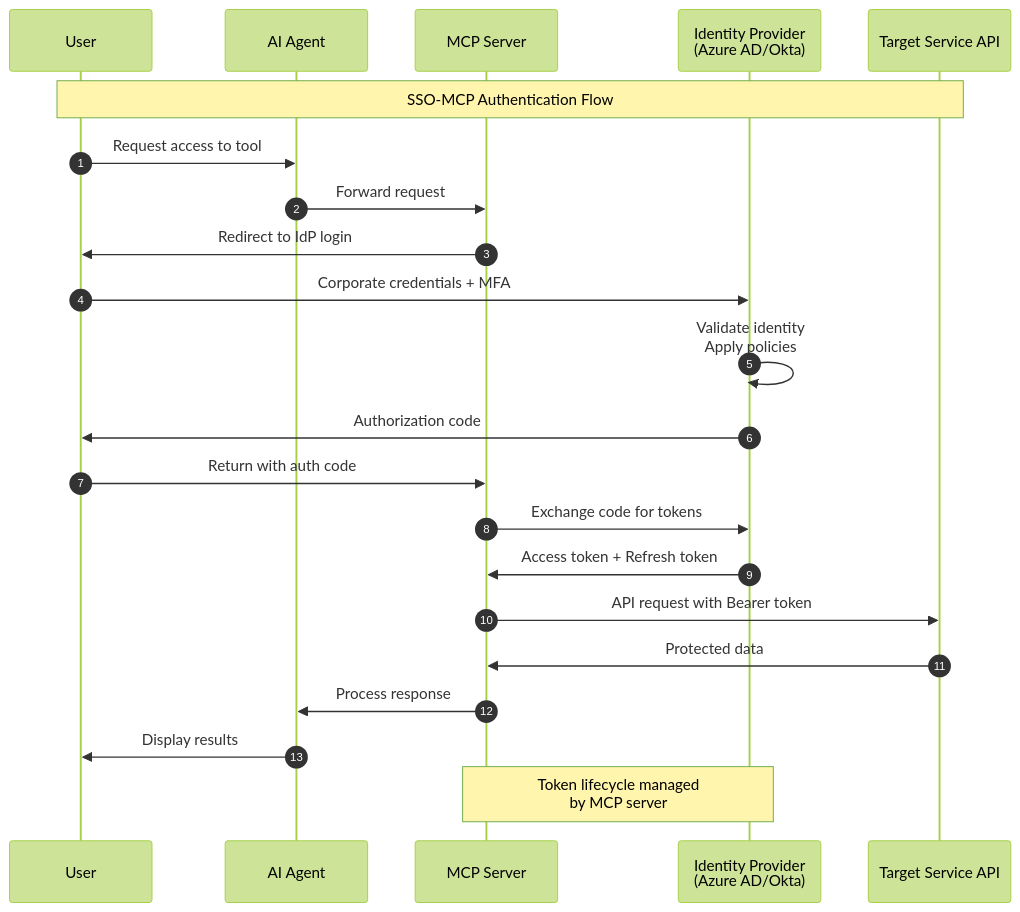
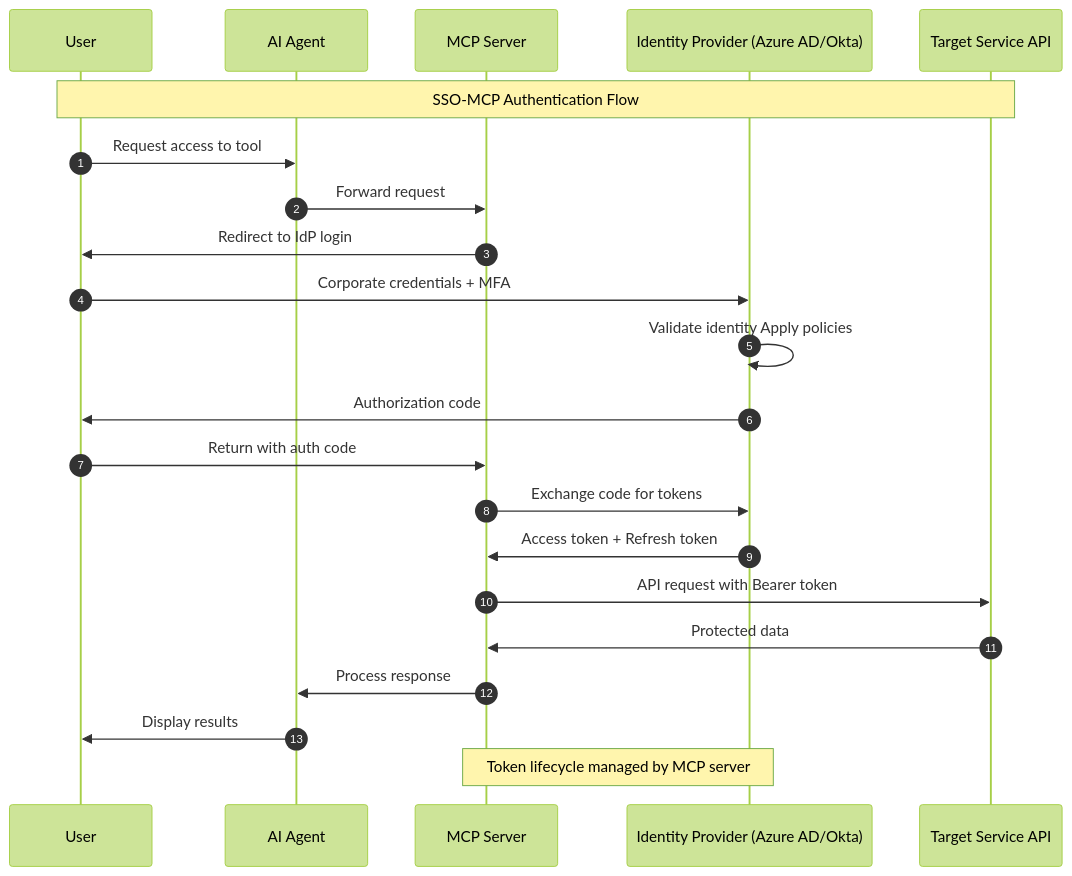
The diagram in src/content/docs/pro/integrations/mcp-server/sso-authentication/index.mdx (tallyfy/documentation), drawn with Mermaid before and after one commit. The commit also changed 46 other files, not shown here.

Commit message:
Update Mermaid notation

````diff
--- a/src/content/docs/pro/integrations/mcp-server/sso-authentication/index.mdx
+++ b/src/content/docs/pro/integrations/mcp-server/sso-authentication/index.mdx
@@ -53,28 +53,28 @@
 ```mermaid
 %%{init: {'theme':'forest'}}%%
 sequenceDiagram
-    autonumber
-    participant U as User
-    participant AI as AI Agent
-    participant MCP as MCP Server
-    participant IdP as Identity Provider<br/>(Azure AD/Okta)
-    participant API as Target Service API
-    
-    Note over U,API: SSO-MCP Authentication Flow
-    
-    U->>AI: Request access to tool
-    AI->>MCP: Forward request
-    MCP->>U: Redirect to IdP login
-    U->>IdP: Corporate credentials + MFA
-    IdP->>IdP: Validate identity<br/>Apply policies
-    IdP->>U: Authorization code
-    U->>MCP: Return with auth code
-    MCP->>IdP: Exchange code for tokens
-    IdP->>MCP: Access token + Refresh token
-    MCP->>API: API request with Bearer token
-    API->>MCP: Protected data
-    MCP->>AI: Process response
-    AI->>U: Display results
-    
-    Note over MCP,IdP: Token lifecycle managed<br/>by MCP server
+ autonumber
+ participant U as User
+ participant AI as AI Agent
+ participant MCP as MCP Server
+ participant IdP as Identity Provider (Azure AD/Okta)
+ participant API as Target Service API
+ 
+ Note over U,API: SSO-MCP Authentication Flow
+ 
+ U->>AI: Request access to tool
+ AI->>MCP: Forward request
+ MCP->>U: Redirect to IdP login
+ U->>IdP: Corporate credentials + MFA
+ IdP->>IdP: Validate identity Apply policies
+ IdP->>U: Authorization code
+ U->>MCP: Return with auth code
+ MCP->>IdP: Exchange code for tokens
+ IdP->>MCP: Access token + Refresh token
+ MCP->>API: API request with Bearer token
+ API->>MCP: Protected data
+ MCP->>AI: Process response
+ AI->>U: Display results
+ 
+ Note over MCP,IdP: Token lifecycle managed by MCP server
 ```
````
